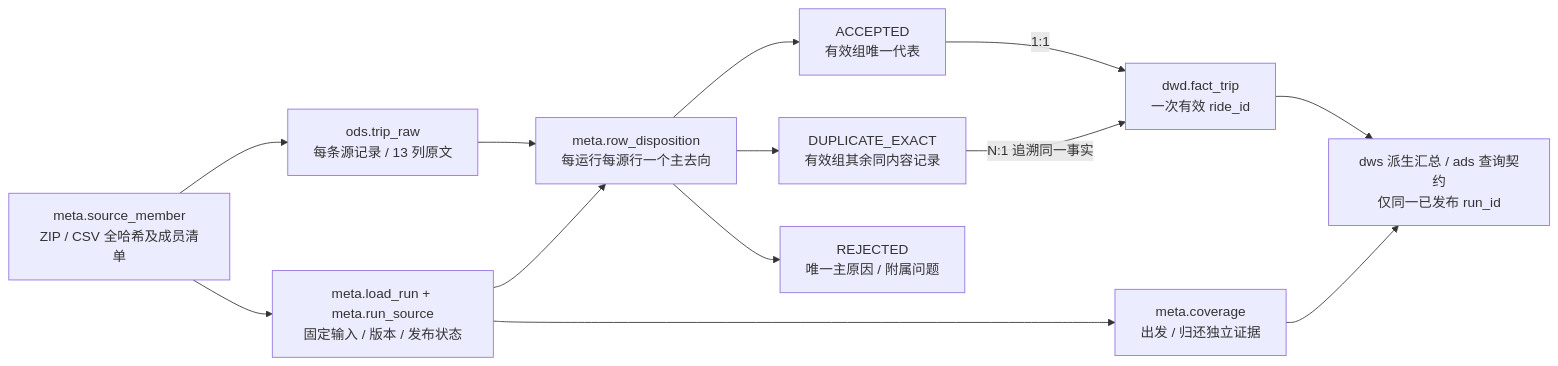
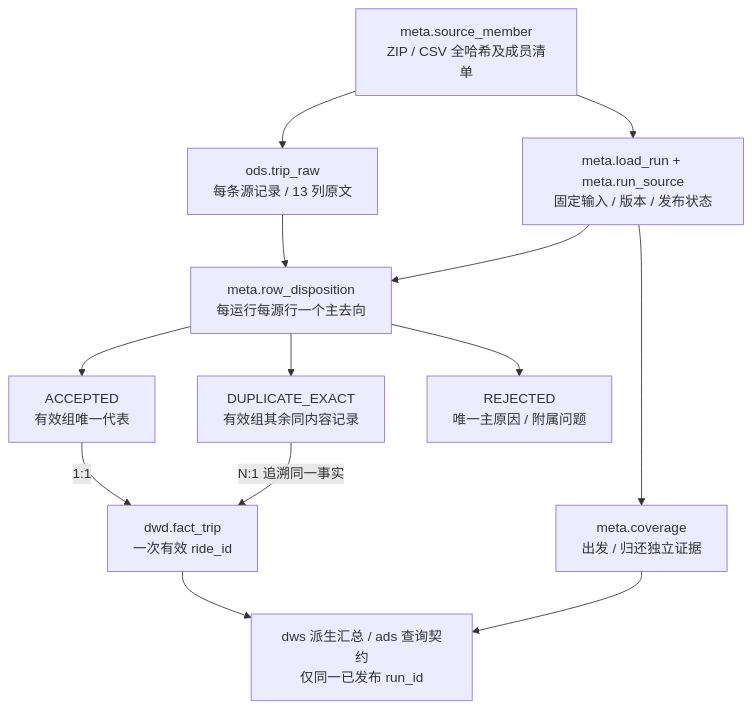
The second of 2 diagrams in docs/design/logical-design.md (Todayjust-runner/citibike-warehouse), drawn with Mermaid before and after one commit. The commit also changed other lines of this file and 48 other files, not shown here.

````diff
--- a/docs/design/logical-design.md
+++ b/docs/design/logical-design.md
@@ -80,25 +79,25 @@
 ```mermaid
-flowchart LR
+flowchart TB
     FILE["meta.source_member<br/>ZIP / CSV 全哈希及成员清单"]
     RUN["meta.load_run + meta.run_source<br/>固定输入 / 版本 / 发布状态"]
     RAW["ods.trip_raw<br/>每条源记录 / 13 列原文"]
     DISP["meta.row_disposition<br/>每运行每源行一个主去向"]
     A["ACCEPTED<br/>有效组唯一代表"]
     D["DUPLICATE_EXACT<br/>有效组其余同内容记录"]
     X["REJECTED<br/>唯一主原因 / 附属问题"]
     FACT["dwd.fact_trip<br/>一次有效 ride_id"]
     COV["meta.coverage<br/>出发 / 归还独立证据"]
     ADS["dws 派生汇总 / ads 查询契约<br/>仅同一已发布 run_id"]
     FILE --> RAW
     FILE --> RUN
     RUN --> DISP
     RAW --> DISP
     DISP --> A
     DISP --> D
     DISP --> X
     A -->|"1:1"| FACT
     D -->|"N:1 追溯同一事实"| FACT
     RUN --> COV
     FACT --> ADS
     COV --> ADS
 ```
````
